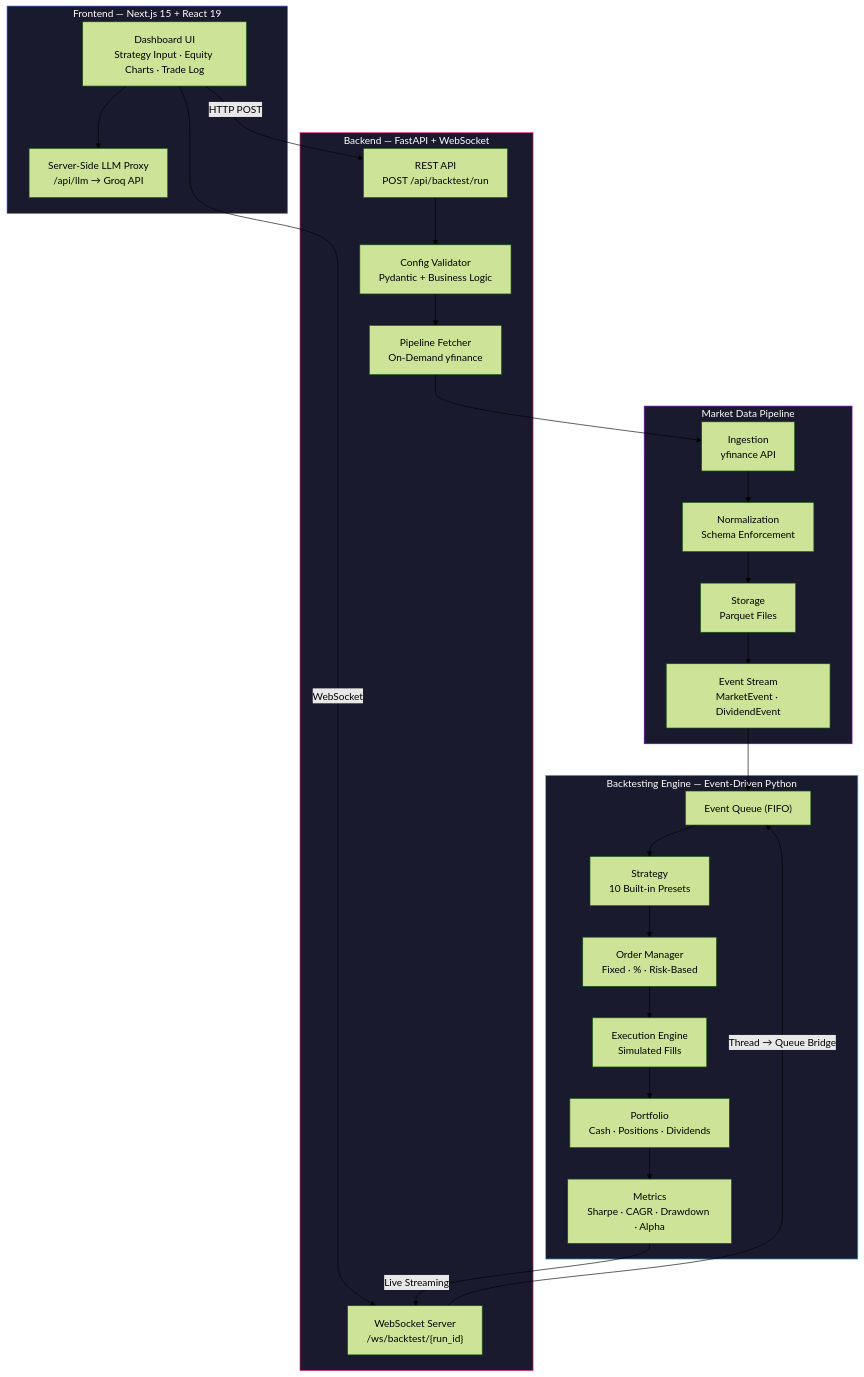
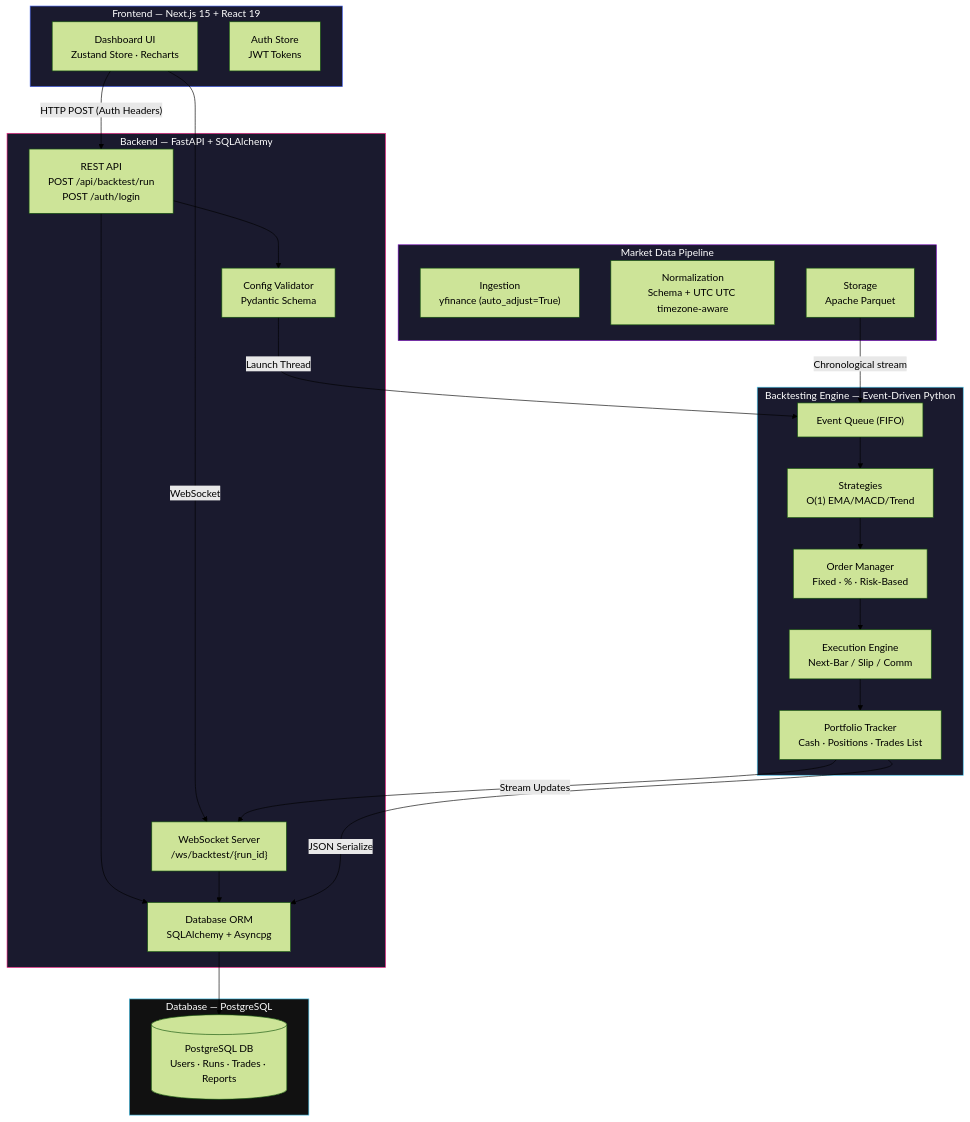
One commit to khushal0811/strategy-research-platform changed the diagram in README.md. Above: the diagram before and after it, drawn with Mermaid (forest theme). The commit also changed other lines of this file, not shown here.

````diff
--- a/README.md
+++ b/README.md
@@ -45,48 +34,52 @@
 ```mermaid
 graph TB
     subgraph Frontend ["Frontend — Next.js 15 + React 19"]
-        UI["Dashboard UI<br/>Strategy Input · Equity Charts · Trade Log"]
-        LLM_Proxy["Server-Side LLM Proxy<br/>/api/llm → Groq API"]
+        UI["Dashboard UI<br/>Zustand Store · Recharts"]
+        Auth_Store["Auth Store<br/>JWT Tokens"]
     end
 
-    subgraph Backend ["Backend — FastAPI + WebSocket"]
-        REST["REST API<br/>POST /api/backtest/run"]
+    subgraph Backend ["Backend — FastAPI + SQLAlchemy"]
+        REST["REST API<br/>POST /api/backtest/run<br/>POST /auth/login"]
         WS["WebSocket Server<br/>/ws/backtest/{run_id}"]
-        VAL["Config Validator<br/>Pydantic + Business Logic"]
-        FETCH["Pipeline Fetcher<br/>On-Demand yfinance"]
+        VAL["Config Validator<br/>Pydantic Schema"]
+        DB_Layer["Database ORM<br/>SQLAlchemy + Asyncpg"]
+    end
+
+    subgraph DB ["Database — PostgreSQL"]
+        PG[("PostgreSQL DB<br/>Users · Runs · Trades · Reports")]
     end
 
     subgraph Engine ["Backtesting Engine — Event-Driven Python"]
         EQ["Event Queue (FIFO)"]
-        STRAT["Strategy<br/>10 Built-in Presets"]
+        STRAT["Strategies<br/>O(1) EMA/MACD/Trend"]
         OM["Order Manager<br/>Fixed · % · Risk-Based"]
-        EXEC["Execution Engine<br/>Simulated Fills"]
-        PORT["Portfolio<br/>Cash · Positions · Dividends"]
-        METRICS["Metrics<br/>Sharpe · CAGR · Drawdown · Alpha"]
+        EXEC["Execution Engine<br/>Next-Bar / Slip / Comm"]
+        PORT["Portfolio Tracker<br/>Cash · Positions · Trades List"]
     end
 
     subgraph Pipeline ["Market Data Pipeline"]
-        ING["Ingestion<br/>yfinance API"]
-        NORM["Normalization<br/>Schema Enforcement"]
-        STORE["Storage<br/>Parquet Files"]
-        STREAM["Event Stream<br/>MarketEvent · DividendEvent"]
+        ING["Ingestion<br/>yfinance (auto_adjust=True)"]
+        NORM["Normalization<br/>Schema + UTC UTC timezone-aware"]
+        STORE["Storage<br/>Apache Parquet"]
     end
 
-    UI -->|"HTTP POST"| REST
+    UI -->|"HTTP POST (Auth Headers)"| REST
     UI -->|"WebSocket"| WS
-    UI --> LLM_Proxy
-    REST --> VAL --> FETCH
-    WS -->|"Thread → Queue Bridge"| EQ
-    FETCH --> ING
-
-    ING --> NORM --> STORE
-    STORE --> STREAM --> EQ
+    REST --> VAL
+    REST --> DB_Layer
+    WS --> DB_Layer
+    DB_Layer --> PG
+    
+    VAL -->|"Launch Thread"| EQ
+    STORE -->|"Chronological stream"| EQ
+    
     EQ --> STRAT --> OM --> EXEC --> PORT
-    PORT --> METRICS
-    METRICS -->|"Live Streaming"| WS
+    PORT -->|"Stream Updates"| WS
+    PORT -->|"JSON Serialize"| DB_Layer
 
     style Frontend fill:#1a1a2e,stroke:#4361ee,color:#fff
     style Backend fill:#1a1a2e,stroke:#f72585,color:#fff
+    style DB fill:#111,stroke:#4cc9f0,color:#fff
     style Engine fill:#1a1a2e,stroke:#4cc9f0,color:#fff
     style Pipeline fill:#1a1a2e,stroke:#7209b7,color:#fff
 ```
````
